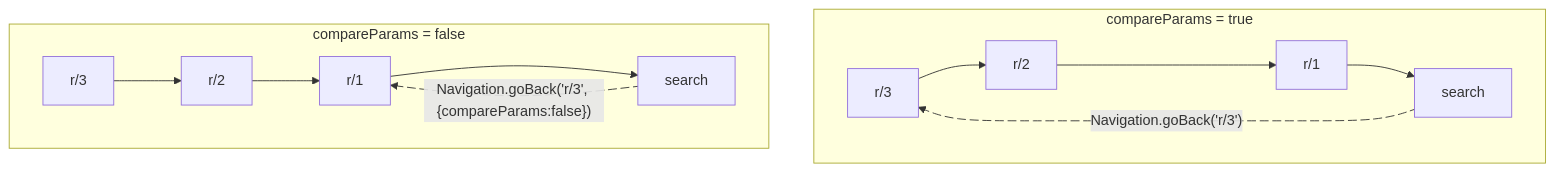
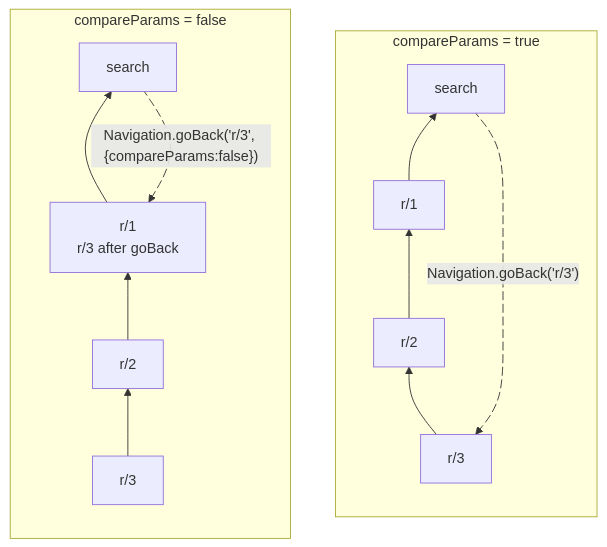
The diagram in contributingGuides/NAVIGATION.md (software-mansion-labs/expensify-app-fork), drawn with Mermaid before and after one commit. The commit also changed other lines of this file, not shown here.

````diff
--- a/contributingGuides/NAVIGATION.md
+++ b/contributingGuides/NAVIGATION.md
@@ -151,28 +150,29 @@
 ```mermaid
 flowchart TD
  subgraph subGraph0["compareParams = true"]
+      direction BT
         B2["r/3"]
         A2["r/2"]
         C2["search"]
         D2["r/1"]
   end
  subgraph subGraph1["compareParams = false"]
-        F2["r/1"]
+      direction BT
+        F2["r/1 <br/> r/3 after goBack"]
         E2["search"]
         G2["r/2"]
         H2["r/3"]
   end
     B2 --> A2
     C2 L_C2_B2_0@-."Navigation.goBack('r/3')" .-> B2
     D2 --> C2
     F2 --> E2
     G2 --> F2
     H2 --> G2
     E2 L_E2_F2_2@-. "Navigation.goBack('r/3', {compareParams:false})" .-> F2
     A2 --> D2
 
 
-    L_C2_B2_0@{ animation: fast } 
-    L_E2_F2_2@{ animation: fast } 
-
+    L_C2_B2_0@{ animation: fast }
+    L_E2_F2_2@{ animation: fast }
 ```
````
